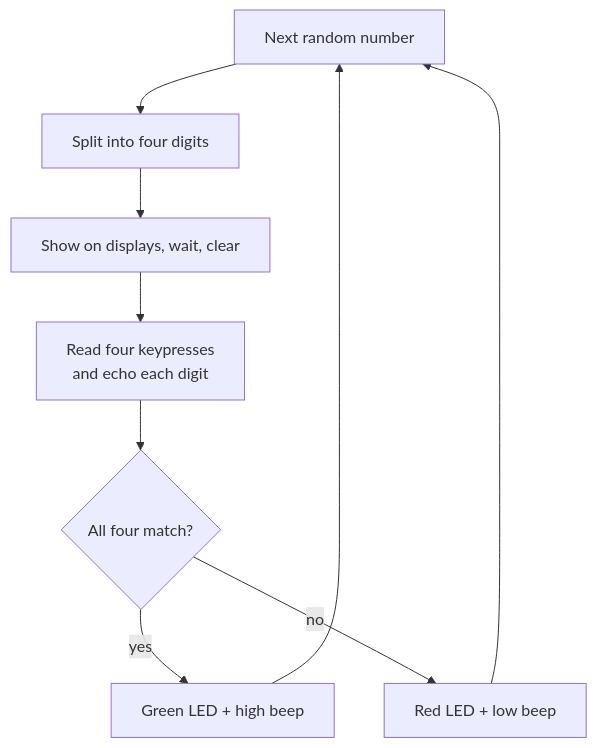
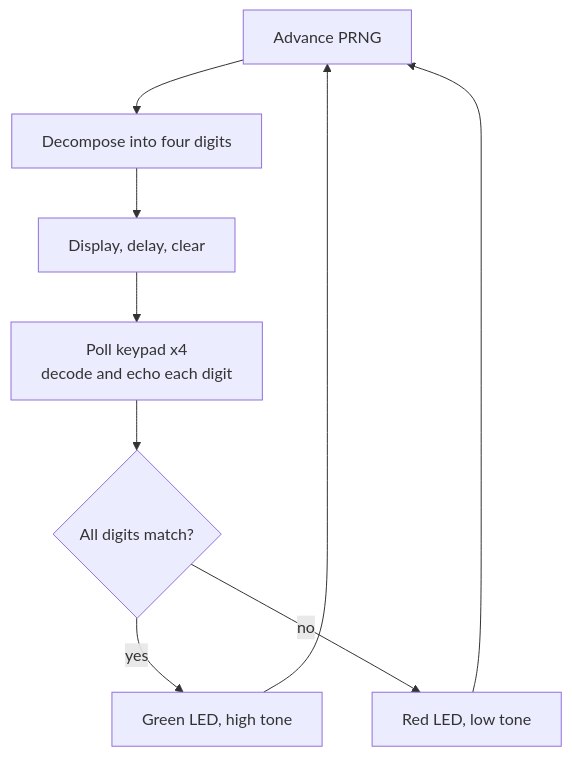
Before and after one commit to aryansajiv19/MU0-memory-game: the diagram in README.md, drawn with Mermaid. The commit also changed other lines of this file, not shown here.

````diff
--- a/README.md
+++ b/README.md
@@ -27,11 +51,11 @@
 ```mermaid
 flowchart TD
-    A[Next random number] --> B[Split into four digits]
-    B --> C[Show on displays, wait, clear]
-    C --> D[Read four keypresses<br/>and echo each digit]
-    D --> E{All four match?}
-    E -- yes --> F[Green LED + high beep]
-    E -- no --> G[Red LED + low beep]
+    A[Advance PRNG] --> B[Decompose into four digits]
+    B --> C[Display, delay, clear]
+    C --> D[Poll keypad x4<br/>decode and echo each digit]
+    D --> E{All digits match?}
+    E -- yes --> F[Green LED, high tone]
+    E -- no --> G[Red LED, low tone]
     F --> A
     G --> A
 ```
````
